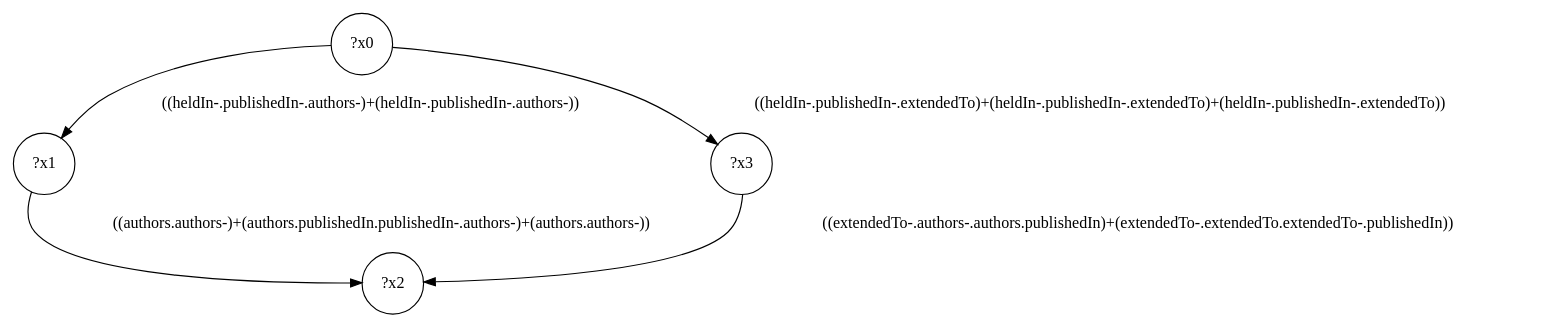
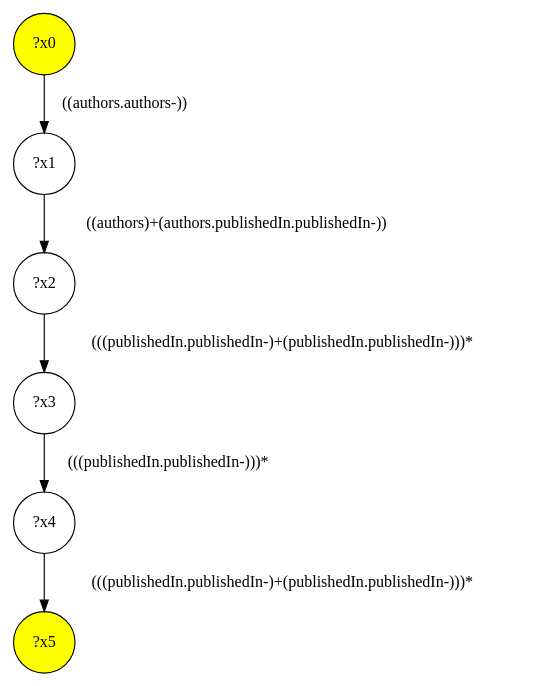
Before and after one commit to gbagan/gmark: the diagram in src/queryinterface/interface-queries/query-31.dot, drawn with Graphviz. The commit also changed 150 other files, not shown here.

```diff
--- a/src/queryinterface/interface-queries/query-31.dot
+++ b/src/queryinterface/interface-queries/query-31.dot
@@ -1,10 +1,13 @@
 digraph g {
-	x0 [shape=circle, label="?x0"];
+	x0 [fillcolor="yellow", style="filled," shape=circle, label="?x0"];
+	x5 [fillcolor="yellow", style="filled," shape=circle, label="?x5"];
 	x1 [shape=circle, label="?x1"];
-	x0 -> x1 [label="((heldIn-.publishedIn-.authors-)+(heldIn-.publishedIn-.authors-))"];
+	x0 -> x1 [label="((authors.authors-))"];
 	x2 [shape=circle, label="?x2"];
-	x1 -> x2 [label="((authors.authors-)+(authors.publishedIn.publishedIn-.authors-)+(authors.authors-))"];
+	x1 -> x2 [label="((authors)+(authors.publishedIn.publishedIn-))"];
 	x3 [shape=circle, label="?x3"];
-	x0 -> x3 [label="((heldIn-.publishedIn-.extendedTo)+(heldIn-.publishedIn-.extendedTo)+(heldIn-.publishedIn-.extendedTo))"];
-	x3 -> x2 [label="((extendedTo-.authors-.authors.publishedIn)+(extendedTo-.extendedTo.extendedTo-.publishedIn))"];
+	x2 -> x3 [label="(((publishedIn.publishedIn-)+(publishedIn.publishedIn-)))*"];
+	x4 [shape=circle, label="?x4"];
+	x3 -> x4 [label="(((publishedIn.publishedIn-)))*"];
+	x4 -> x5 [label="(((publishedIn.publishedIn-)+(publishedIn.publishedIn-)))*"];
 }
```
